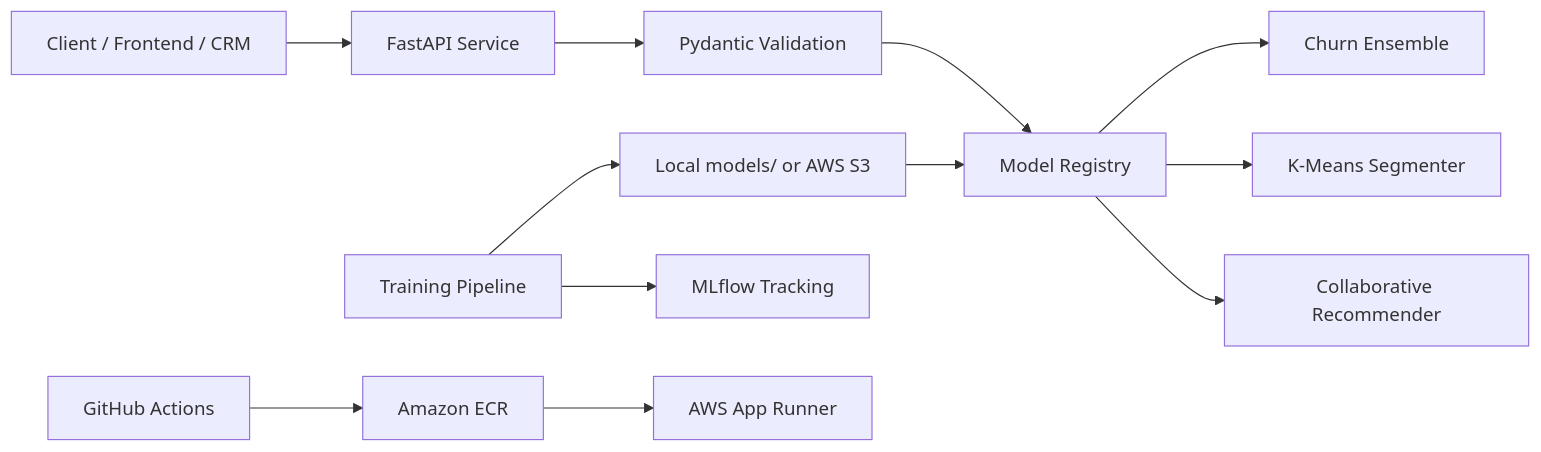
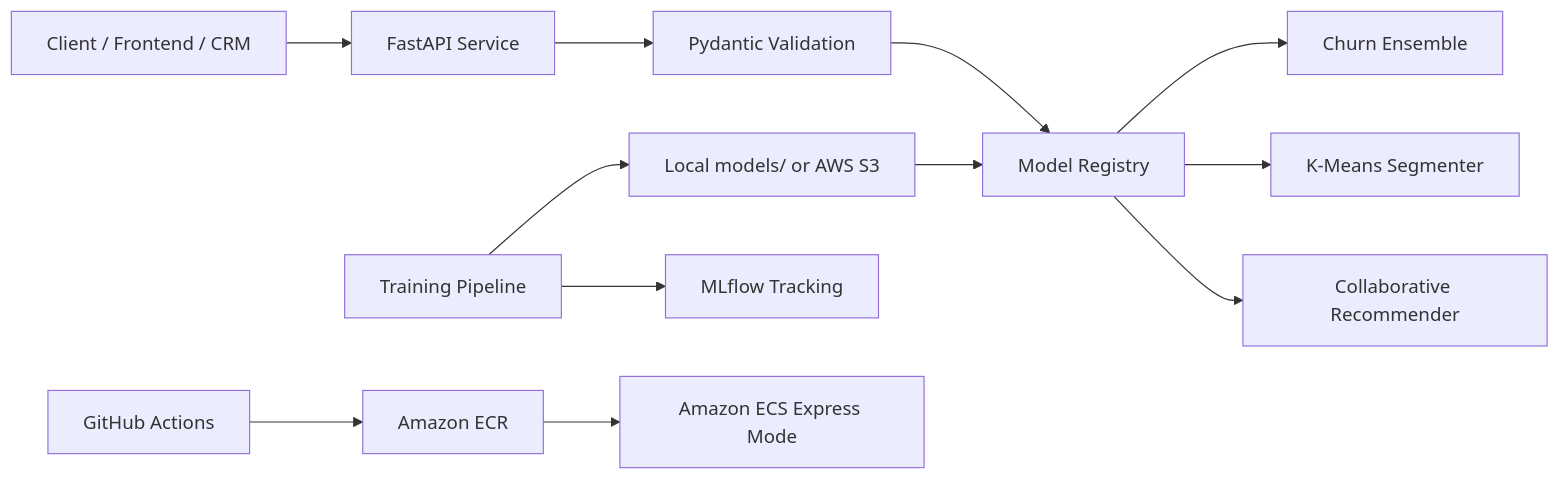
One commit to Harsh1314h/customer-intelligence-api changed the diagram in README.md. Above: the diagram before and after it, drawn with Mermaid. The commit also changed other lines of this file and 5 other files, not shown here.

Commit message:
Switch AWS deployment to ECS Express

````diff
--- a/README.md
+++ b/README.md
@@ -18,14 +18,14 @@
 ```mermaid
 flowchart LR
     client["Client / Frontend / CRM"] --> api["FastAPI Service"]
     api --> schemas["Pydantic Validation"]
     schemas --> registry["Model Registry"]
     registry --> churn["Churn Ensemble"]
     registry --> segment["K-Means Segmenter"]
     registry --> recommend["Collaborative Recommender"]
     artifacts["Local models/ or AWS S3"] --> registry
     train["Training Pipeline"] --> artifacts
     train --> mlflow["MLflow Tracking"]
     github["GitHub Actions"] --> ecr["Amazon ECR"]
-    ecr --> apprunner["AWS App Runner"]
+    ecr --> ecs["Amazon ECS Express Mode"]
 ```
````
